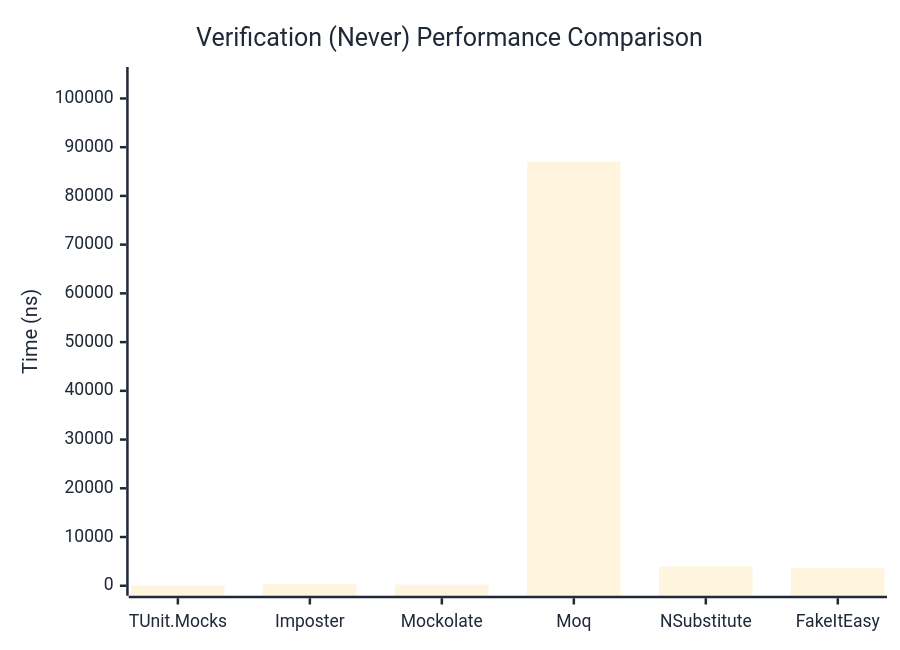
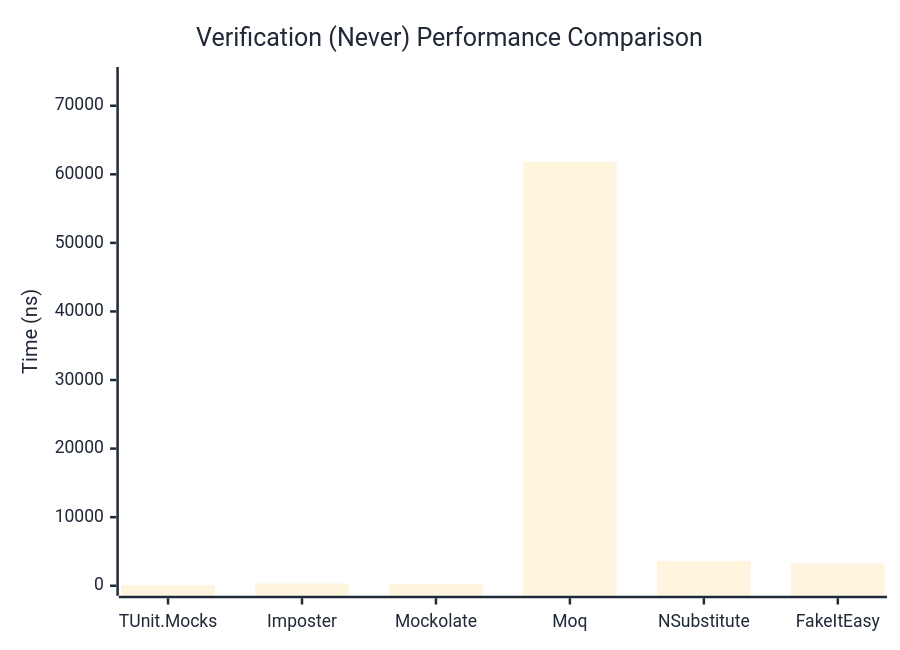
One commit to thomhurst/TUnit changed the second of 3 diagrams in docs/docs/benchmarks/mocks/Verification.md. Above: the diagram before and after it, drawn with Mermaid. The commit also changed other lines of this file and 14 other files, not shown here.

````diff
--- a/docs/docs/benchmarks/mocks/Verification.md
+++ b/docs/docs/benchmarks/mocks/Verification.md
@@ -71,27 +71,27 @@
 ```mermaid
 %%{init: {
   'theme':'base',
   'themeVariables': {
     'primaryColor': '#2563eb',
     'primaryTextColor': '#1f2937',
     'primaryBorderColor': '#1e40af',
     'lineColor': '#6b7280',
     'secondaryColor': '#7c3aed',
     'tertiaryColor': '#dc2626',
     'background': '#ffffff',
     'pie1': '#2563eb',
     'pie2': '#7c3aed',
     'pie3': '#dc2626',
     'pie4': '#f59e0b',
     'pie5': '#10b981',
     'pie6': '#06b6d4',
     'pie7': '#ec4899',
     'pie8': '#6366f1'
   }
 }}%%
 xychart-beta
   title "Verification (Never) Performance Comparison"
   x-axis ["TUnit.Mocks", "Imposter", "Mockolate", "Moq", "NSubstitute", "FakeItEasy"]
-  y-axis "Time (ns)" 0 --> 104405
-  bar [52.71, 342.2, 233.11, 87003.65, 3958.83, 3589.01]
+  y-axis "Time (ns)" 0 --> 74190
+  bar [55.52, 335.09, 243.15, 61824.78, 3588.04, 3258.96]
 ```
````
